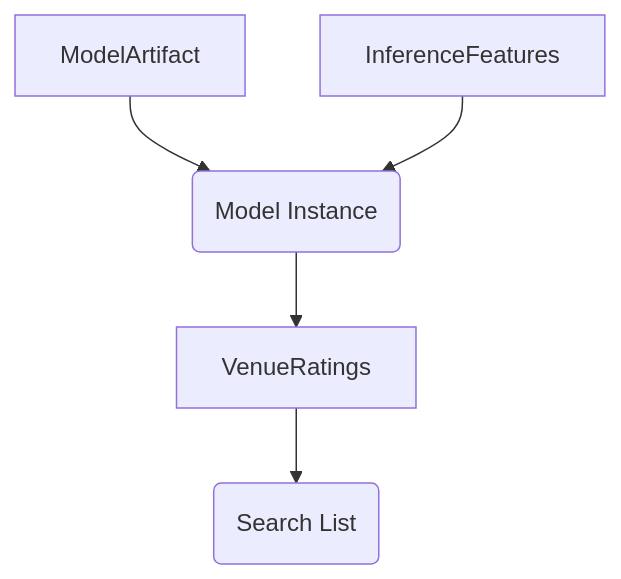
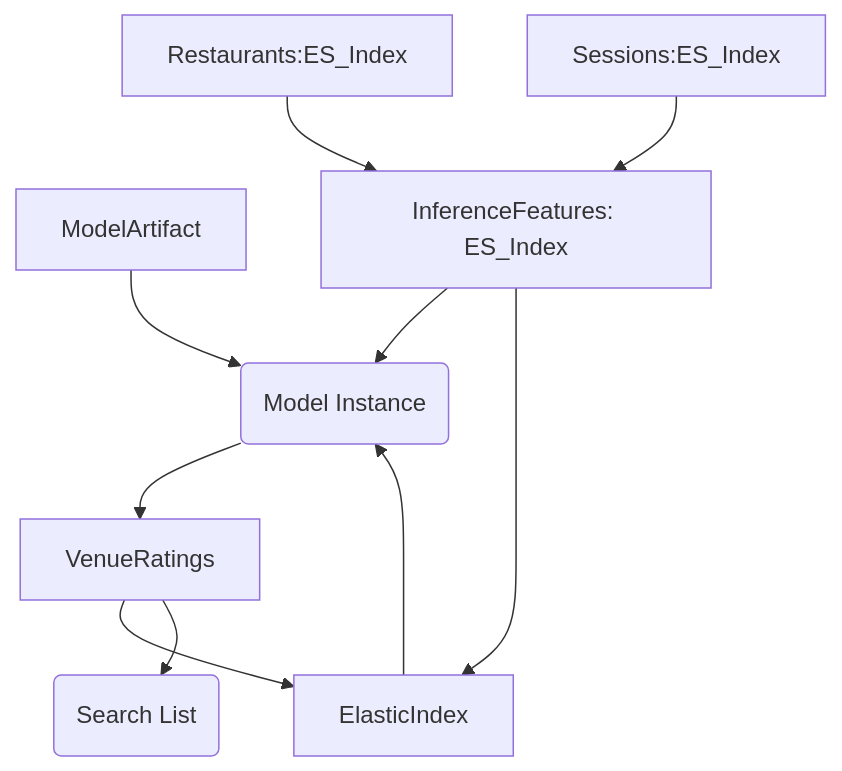
Before and after one commit to ra312/model-server: the diagram in README.md, drawn with Mermaid. The commit also changed other lines of this file, not shown here.

````diff
--- a/README.md
+++ b/README.md
@@ -2,8 +4,11 @@
 ```mermaid
 flowchart TD
     A[ModelArtifact] -->B(Model Instance)
-    G[InferenceFeatures] -->  B
-    B --> C[VenueRatings]
+    E[Restaurants:ES_Index] -->G
+    F[Sessions:ES_Index] -->G
+    G[InferenceFeatures: ES_Index] -->B
+    G --> H
+    B -->C[VenueRatings] --> H
+    H[ElasticIndex] --> B
     C -->D(Search List)
-
 ```
````
